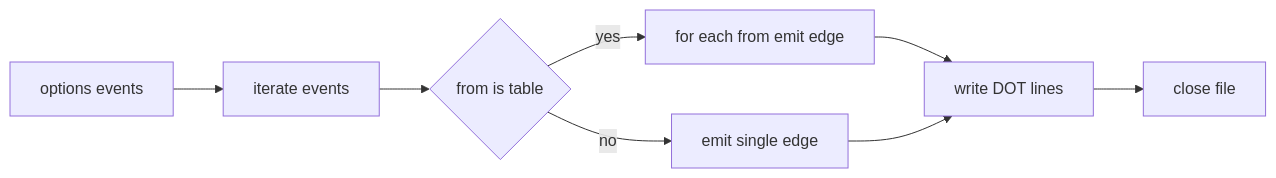
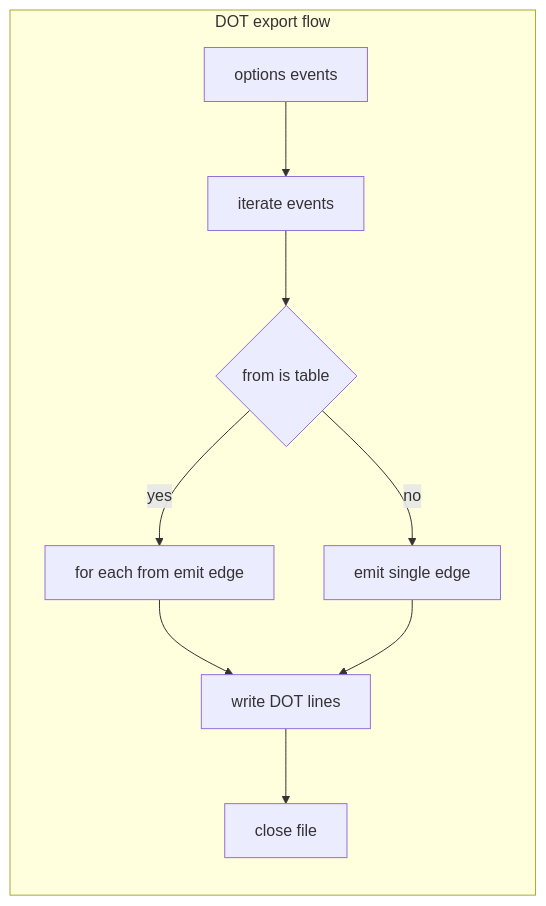
One commit to Gh0st352/AETHR changed the diagram in docs/fsm/export_and_tooling.md. Above: the diagram before and after it, drawn with Mermaid. The commit also changed other lines of this file and 5 other files, not shown here.

First line of the commit message:
docs(fsm): standardize headings and enhance Mermaid diagrams

````diff
--- a/docs/fsm/export_and_tooling.md
+++ b/docs/fsm/export_and_tooling.md
@@ -13,10 +13,18 @@
 ```mermaid
+%% shared theme: docs/_mermaid/theme.json %%
 flowchart LR
-  CFG[options events] --> ITER[iterate events]
-  ITER --> FROM{from is table}
-  FROM -->|yes| LOOP[for each from emit edge]
-  FROM -->|no| ONE[emit single edge]
-  LOOP --> WRITE[write DOT lines]
-  ONE --> WRITE
-  WRITE --> END[close file]
+  subgraph "DOT export flow"
+    CFG[options events] --> ITER[iterate events]
+    ITER --> FROM{from is table}
+    FROM -->|yes| LOOP[for each from emit edge]
+    FROM -->|no| ONE[emit single edge]
+    LOOP --> WRITE[write DOT lines]
+    ONE --> WRITE
+    WRITE --> END[close file]
+  end
+  class CFG class_io;
+  class ITER,LOOP,ONE class_step;
+  class FROM class_decision;
+  class WRITE class_compute;
+  class END class_result;
 ```
````
